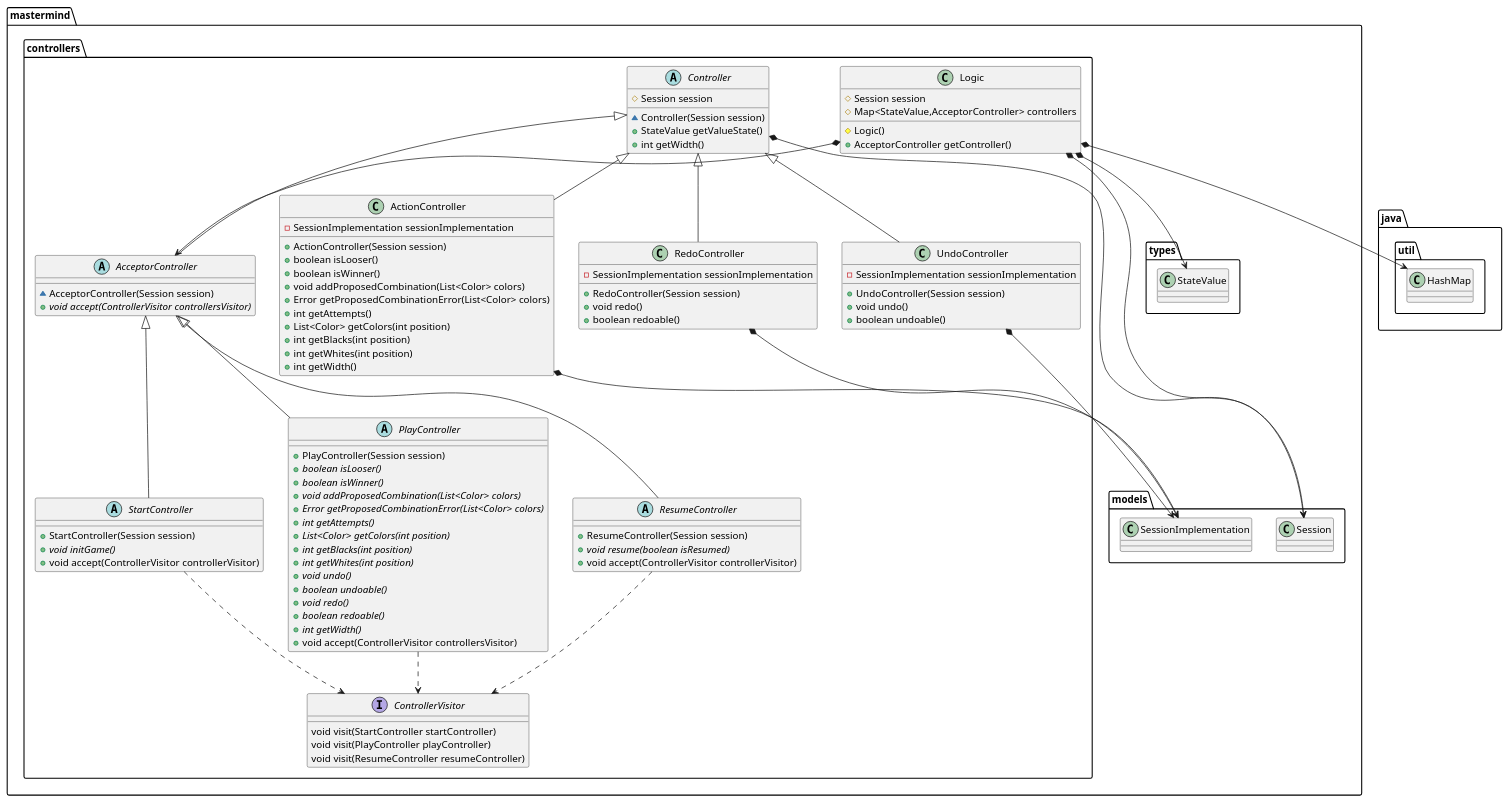
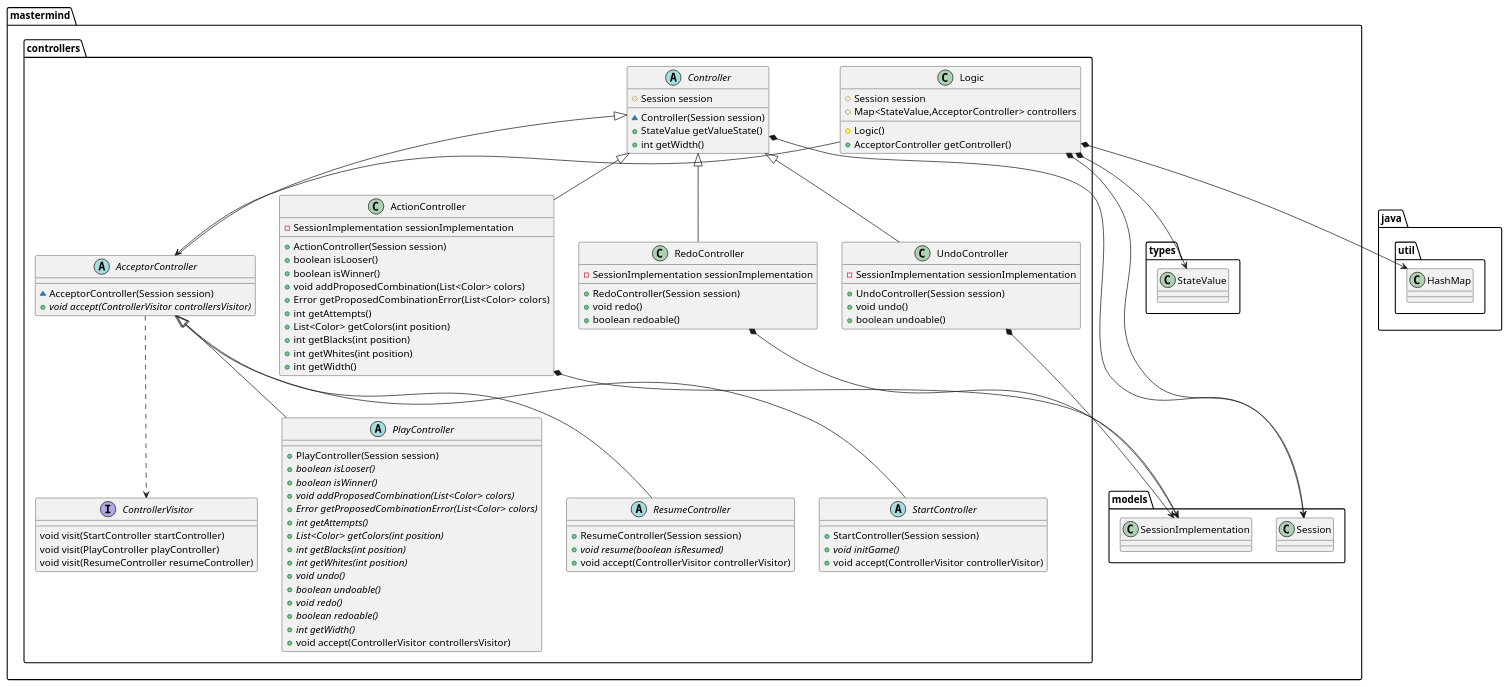
The diagram in docs/sources/paqueteMastermindControllers.iuml (jprieto92/mastermindClientServer), drawn with PlantUML before and after one commit. The commit also changed 1 other file, not shown here.

Commit message:
Fix mastermind.controllers package diagram error

```diff
--- a/docs/sources/paqueteMastermindControllers.iuml
+++ b/docs/sources/paqueteMastermindControllers.iuml
@@ -1,106 +1,104 @@
 @startuml
 
 abstract class mastermind.controllers.AcceptorController [[java:jprieto.mastermind.controllers.AcceptorController]] {
 	~AcceptorController(Session session)
 	+{abstract}void accept(ControllerVisitor controllersVisitor)
 }
 mastermind.controllers.Controller <|-- mastermind.controllers.AcceptorController
+mastermind.controllers.AcceptorController ..> mastermind.controllers.ControllerVisitor
 
 class mastermind.controllers.ActionController [[java:jprieto.mastermind.controllers.ActionController]] {
 	-SessionImplementation sessionImplementation
 	+ActionController(Session session)
 	+boolean isLooser()
 	+boolean isWinner()
 	+void addProposedCombination(List<Color> colors)
 	+Error getProposedCombinationError(List<Color> colors)
 	+int getAttempts()
 	+List<Color> getColors(int position)
 	+int getBlacks(int position)
 	+int getWhites(int position)
 	+int getWidth()
 }
 mastermind.controllers.Controller <|-- mastermind.controllers.ActionController
 mastermind.controllers.ActionController *-down-> mastermind.models.SessionImplementation
 
 abstract class mastermind.controllers.Controller [[java:jprieto.mastermind.controllers.Controller]] {
 	#Session session
 	~Controller(Session session)
 	+StateValue getValueState()
 	+int getWidth()
 }
 mastermind.controllers.Controller *-down-> mastermind.models.Session
 
 interface mastermind.controllers.ControllerVisitor [[java:jprieto.mastermind.controllers.ControllerVisitor]] {
 	void visit(StartController startController)
 	void visit(PlayController playController)
 	void visit(ResumeController resumeController)
 }
 
 class mastermind.controllers.Logic [[java:jprieto.mastermind.controllers.Logic]] {
 	#Session session
 	#Map<StateValue,AcceptorController> controllers
 	#Logic()
 	+AcceptorController getController()
 }
 mastermind.controllers.Logic *-down-> mastermind.models.Session
 mastermind.controllers.Logic *-down-> mastermind.types.StateValue
-mastermind.controllers.Logic *-down-> mastermind.controllers.AcceptorController
+mastermind.controllers.Logic --> mastermind.controllers.AcceptorController
 mastermind.controllers.Logic *-down-> java.util.HashMap
 
 abstract class mastermind.controllers.PlayController [[java:jprieto.mastermind.controllers.PlayController]] {
 	+PlayController(Session session)
 	+{abstract}boolean isLooser()
 	+{abstract}boolean isWinner()
 	+{abstract}void addProposedCombination(List<Color> colors)
 	+{abstract}Error getProposedCombinationError(List<Color> colors)
 	+{abstract}int getAttempts()
 	+{abstract}List<Color> getColors(int position)
 	+{abstract}int getBlacks(int position)
 	+{abstract}int getWhites(int position)
 	+{abstract}void undo()
 	+{abstract}boolean undoable()
 	+{abstract}void redo()
 	+{abstract}boolean redoable()
 	+{abstract}int getWidth()
 	+void accept(ControllerVisitor controllersVisitor)
 }
 mastermind.controllers.AcceptorController <|-- mastermind.controllers.PlayController
-mastermind.controllers.PlayController ..> mastermind.controllers.ControllerVisitor
 
 class mastermind.controllers.RedoController [[java:jprieto.mastermind.controllers.RedoController]] {
 	-SessionImplementation sessionImplementation
 	+RedoController(Session session)
 	+void redo()
 	+boolean redoable()
 }
 mastermind.controllers.Controller <|-- mastermind.controllers.RedoController
 mastermind.controllers.RedoController *-down-> mastermind.models.SessionImplementation
 
 abstract class mastermind.controllers.ResumeController [[java:jprieto.mastermind.controllers.ResumeController]] {
 	+ResumeController(Session session)
 	+{abstract}void resume(boolean isResumed)
 	+void accept(ControllerVisitor controllerVisitor)
 }
 mastermind.controllers.AcceptorController <|-- mastermind.controllers.ResumeController
-mastermind.controllers.ResumeController ..> mastermind.controllers.ControllerVisitor
 
 
 abstract class mastermind.controllers.StartController [[java:jprieto.mastermind.controllers.StartController]] {
 	+StartController(Session session)
 	+{abstract}void initGame()
 	+void accept(ControllerVisitor controllerVisitor)
 }
 mastermind.controllers.AcceptorController <|-- mastermind.controllers.StartController
-mastermind.controllers.StartController ..> mastermind.controllers.ControllerVisitor
 
 
 class mastermind.controllers.UndoController [[java:jprieto.mastermind.controllers.UndoController]] {
 	-SessionImplementation sessionImplementation
 	+UndoController(Session session)
 	+void undo()
 	+boolean undoable()
 }
 mastermind.controllers.Controller <|-- mastermind.controllers.UndoController
 mastermind.controllers.UndoController *-down-> mastermind.models.SessionImplementation
 
 @enduml
```
